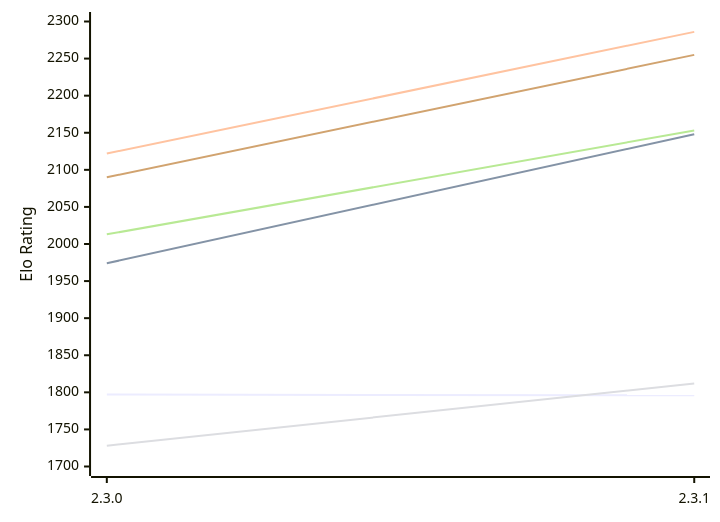
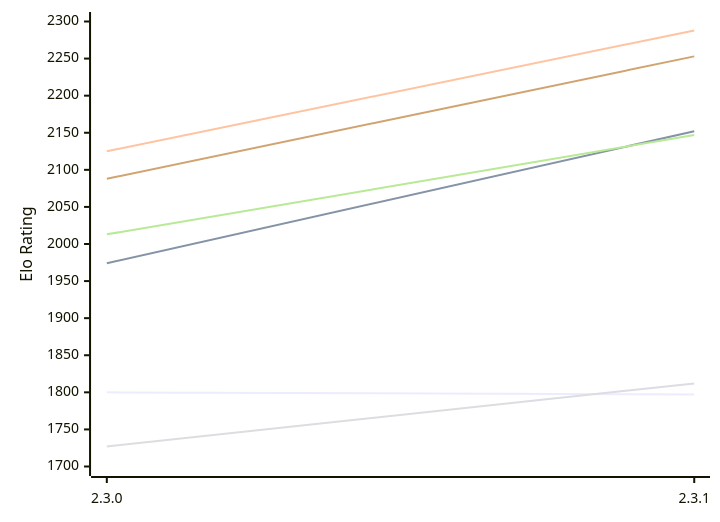
Before and after one commit to computer-chess-index/cci: the first of 2 diagrams in engines/Kreveta.md, drawn with Mermaid. The commit also changed other lines of this file, not shown here.

Commit message:
Update CCI Ratings (ELO VLTC) - 2026-11-22

````diff
--- a/engines/Kreveta.md
+++ b/engines/Kreveta.md
@@ -59,12 +59,12 @@
 ```mermaid
 %%{init: {"theme":"base","themeVariables":{"seriesColors:['#a3a3a3','#222221','#faa371']}}}%%
 xychart-beta
   x-axis ["2.3.0", "2.3.1"]
   y-axis "Elo Rating" 1700 --> 2300
-  line "E1: STC (8.0+0.08s)" [1797, 1796]
-  line "E1: LTC (60.0+0.60s)" [1974, 2148]
-  line "E1: VLTC (2m24s+1.12s)" [2122, 2286]
-  line "P1: STC (8.0+0.08s)" [1728, 1812]
-  line "P1: LTC (60.0+0.60s)" [2013, 2153]
-  line "P1: VLTC (2m24s+1.12s)" [2090, 2255]
+  line "E1: STC (8.0+0.08s)" [1800, 1797]
+  line "E1: LTC (60.0+0.60s)" [1974, 2152]
+  line "E1: VLTC (2m24s+1.12s)" [2125, 2288]
+  line "P1: STC (8.0+0.08s)" [1727, 1812]
+  line "P1: LTC (60.0+0.60s)" [2013, 2147]
+  line "P1: VLTC (2m24s+1.12s)" [2088, 2253]
 ```
````
